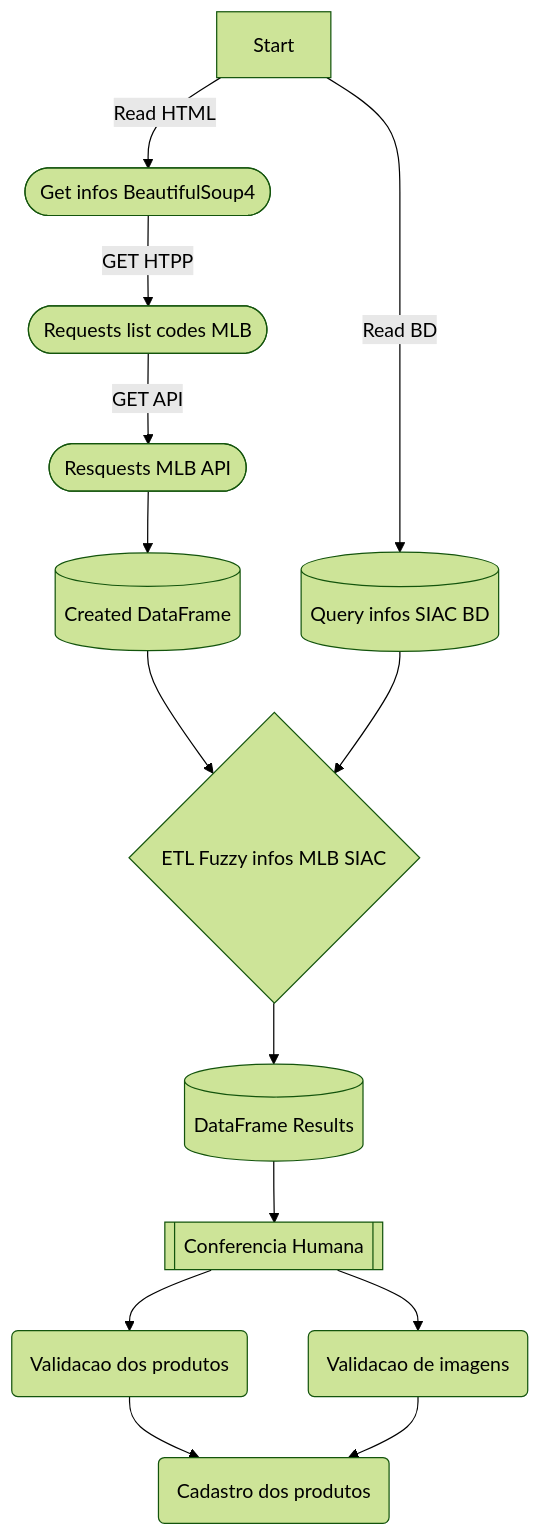
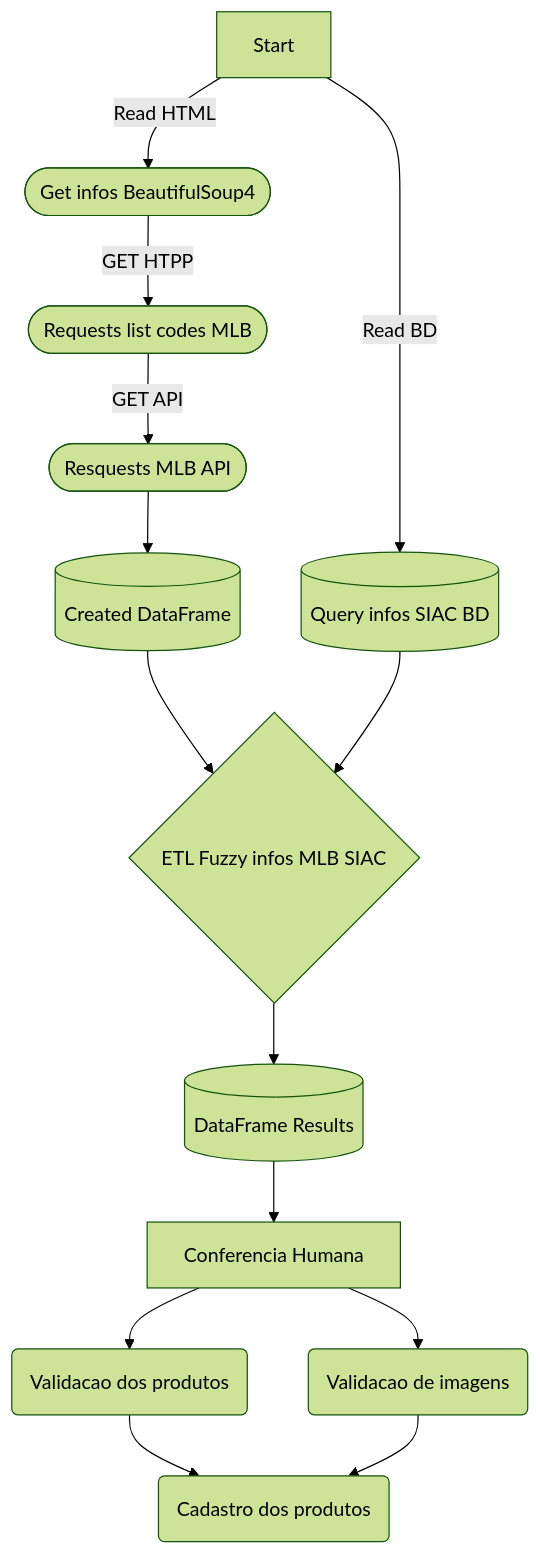
One commit to jef-loppes-reis/docs_ecomm changed the diagram in docs/match-market-ads/index.md. Above: the diagram before and after it, drawn with Mermaid (forest theme). The commit also changed other lines of this file and 7 other files, not shown here.

````diff
--- a/docs/match-market-ads/index.md
+++ b/docs/match-market-ads/index.md
@@ -26,16 +28,16 @@
 ```mermaid
 flowchart TD
     A[Start] -->|Read HTML| B([Get infos BeautifulSoup4])
     A -->|Read BD| C[(Query infos SIAC BD)]
     B -->|GET HTPP| D([Requests list codes MLB])
     D -->|GET API| E([Resquests MLB API])
     E --> F[(Created DataFrame)]
     F --> G{ETL Fuzzy infos MLB SIAC}
     C --> G
     G --> H[(DataFrame Results)]
-    H --> I[[Conferencia Humana]]
+    H --> I[Conferencia Humana]
     I --> J(Validacao dos produtos)
     I --> L(Validacao de imagens)
     J --> M(Cadastro dos produtos)
     L --> M
 ```
````
